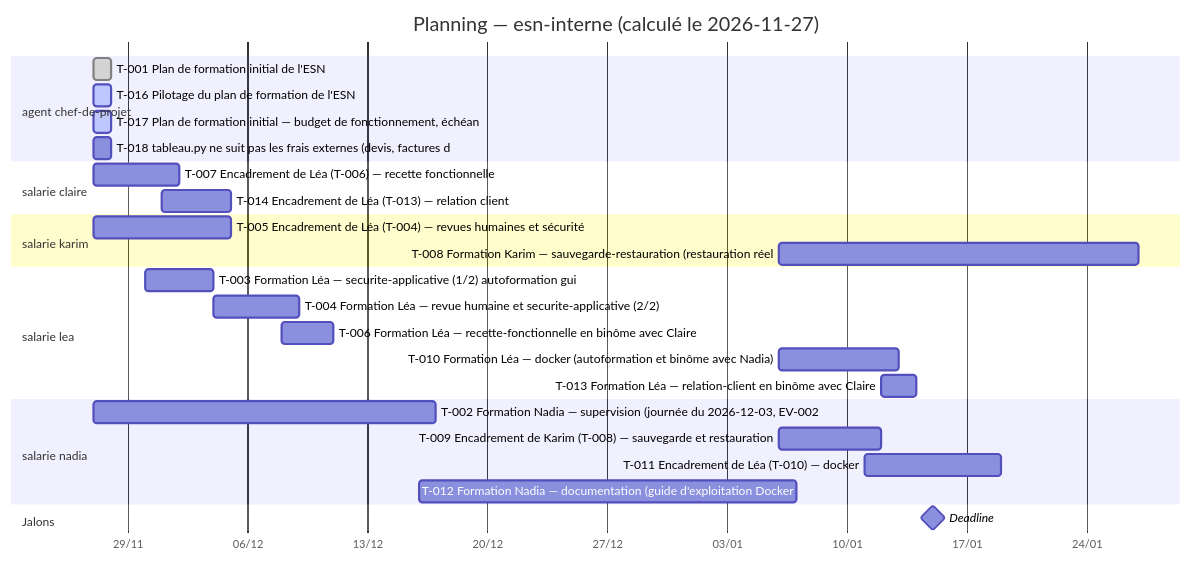
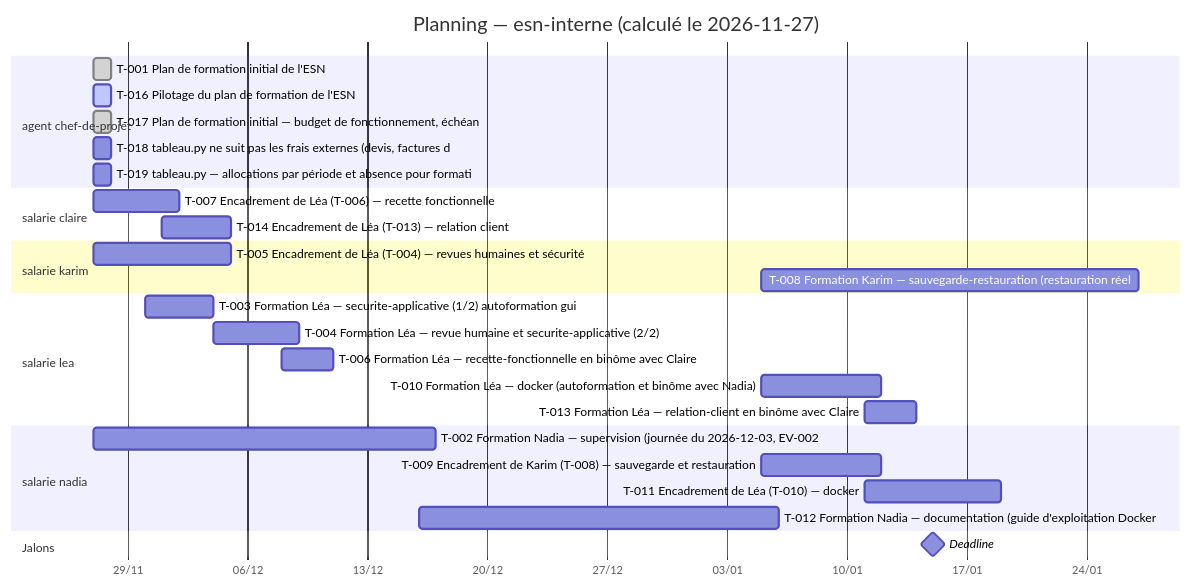
The diagram in projets/esn-interne/TABLEAU.md (LopezMat/tpGestionProjet), drawn with Mermaid before and after one commit. The commit also changed other lines of this file and 6 other files, not shown here.

First line of the commit message:
esn-interne : T-017 TERMINE, hypothèses confirmées, T-019 (allocations par période dans tableau.py)

````diff
--- a/projets/esn-interne/TABLEAU.md
+++ b/projets/esn-interne/TABLEAU.md
@@ -95,30 +95,31 @@
 ```mermaid
 gantt
     title Planning — esn-interne (calculé le 2026-11-27)
     dateFormat YYYY-MM-DD
     axisFormat %d/%m
     section agent chef-de-projet
     T-001 Plan de formation initial de l'ESN :done, t001, 2026-11-27, 2026-11-28
     T-016 Pilotage du plan de formation de l'ESN :active, t016, 2026-11-27, 2026-11-28
-    T-017 Plan de formation initial — budget de fonctionnement, échéan :active, t017, 2026-11-27, 2026-11-28
+    T-017 Plan de formation initial — budget de fonctionnement, échéan :done, t017, 2026-11-27, 2026-11-28
     T-018 tableau.py ne suit pas les frais externes (devis, factures d :t018, 2026-11-27, 2026-11-28
+    T-019 tableau.py — allocations par période et absence pour formati :t019, 2026-11-27, 2026-11-28
     section salarie claire
     T-007 Encadrement de Léa (T-006) — recette fonctionnelle :t007, 2026-11-27, 2026-12-02
     T-014 Encadrement de Léa (T-013) — relation client :t014, 2026-12-01, 2026-12-05
     section salarie karim
     T-005 Encadrement de Léa (T-004) — revues humaines et sécurité :t005, 2026-11-27, 2026-12-05
-    T-008 Formation Karim — sauvegarde-restauration (restauration réel :t008, 2027-01-06, 2027-01-27
+    T-008 Formation Karim — sauvegarde-restauration (restauration réel :t008, 2027-01-05, 2027-01-27
     section salarie lea
     T-003 Formation Léa — securite-applicative (1/2) autoformation gui :t003, 2026-11-30, 2026-12-04
     T-004 Formation Léa — revue humaine et securite-applicative (2/2)  :t004, 2026-12-04, 2026-12-09
     T-006 Formation Léa — recette-fonctionnelle en binôme avec Claire :t006, 2026-12-08, 2026-12-11
-    T-010 Formation Léa — docker (autoformation et binôme avec Nadia) :t010, 2027-01-06, 2027-01-13
-    T-013 Formation Léa — relation-client en binôme avec Claire :t013, 2027-01-12, 2027-01-14
+    T-010 Formation Léa — docker (autoformation et binôme avec Nadia) :t010, 2027-01-05, 2027-01-12
+    T-013 Formation Léa — relation-client en binôme avec Claire :t013, 2027-01-11, 2027-01-14
     section salarie nadia
     T-002 Formation Nadia — supervision (journée du 2026-12-03, EV-002 :t002, 2026-11-27, 2026-12-17
-    T-009 Encadrement de Karim (T-008) — sauvegarde et restauration :t009, 2027-01-06, 2027-01-12
+    T-009 Encadrement de Karim (T-008) — sauvegarde et restauration :t009, 2027-01-05, 2027-01-12
     T-011 Encadrement de Léa (T-010) — docker :t011, 2027-01-11, 2027-01-19
-    T-012 Formation Nadia — documentation (guide d'exploitation Docker :t012, 2026-12-16, 2027-01-07
+    T-012 Formation Nadia — documentation (guide d'exploitation Docker :t012, 2026-12-16, 2027-01-06
     section Jalons
     Deadline :milestone, deadline, 2027-01-15, 0d
 ```
````
